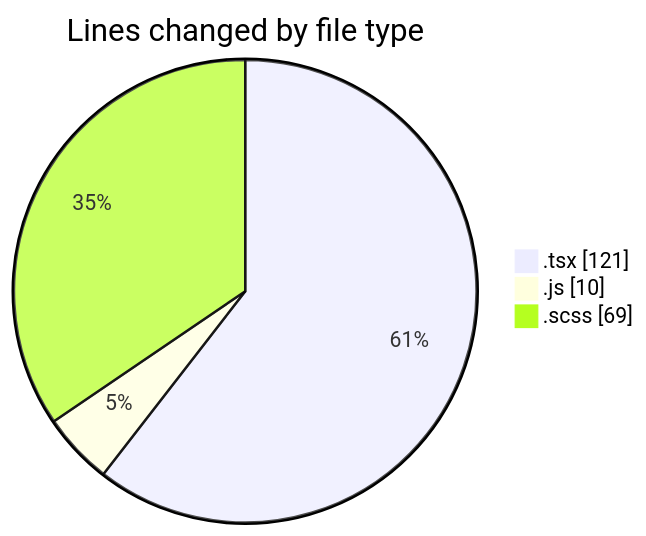
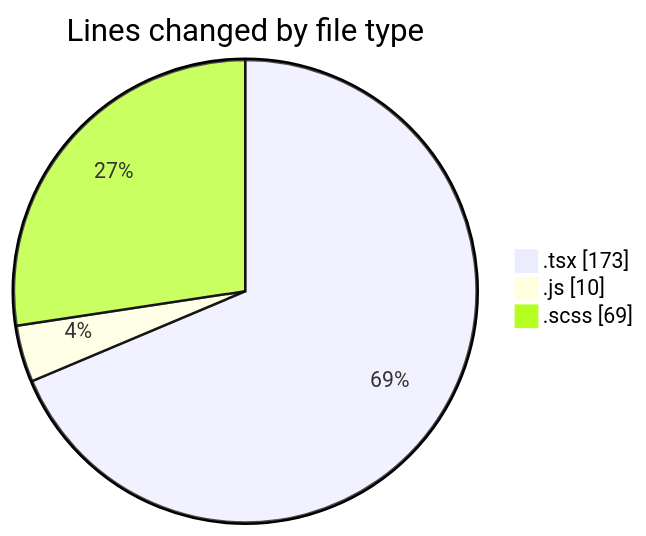
Before and after one commit to momahboobian/code-tracking: the first of 2 diagrams in 2026-08-25/cda/README.md, drawn with Mermaid. The commit also changed other lines of this file and 1 other file, not shown here.

````diff
--- a/2026-08-25/cda/README.md
+++ b/2026-08-25/cda/README.md
@@ -25,7 +25,7 @@
 ```mermaid
 pie showData
 title Lines changed by file type
-".tsx" : 121
+".tsx" : 173
 ".js" : 10
 ".scss" : 69
 ```
````
